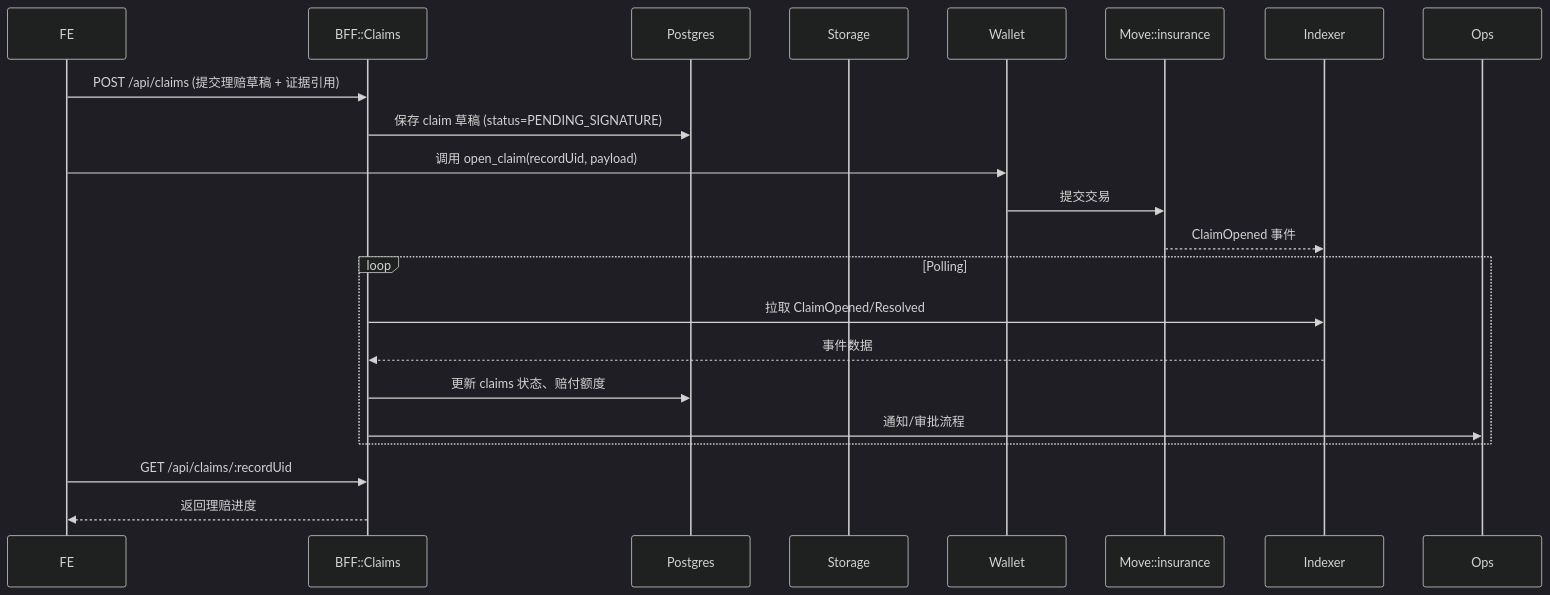
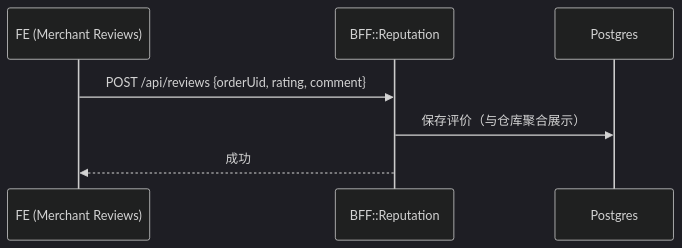
One commit to cyl19970726/haigo changed the eighth of 8 diagrams in docs/architecture/10-场景化端到端数据流.md. Above: the diagram before and after it, drawn with Mermaid (dark theme). The commit also changed other lines of this file and 441 other files, not shown here.

````diff
--- a/docs/architecture/10-场景化端到端数据流.md
+++ b/docs/architecture/10-场景化端到端数据流.md
@@ -126,25 +456,10 @@
 ```mermaid
 sequenceDiagram
-  participant FE as FE
-  participant BFF as BFF::Claims
+  participant FE as FE (Merchant Reviews)
+  participant BFF as BFF::Reputation
   participant DB as Postgres
-  participant Storage
-  participant Wallet
-  participant Move as Move::insurance
-  participant Indexer
-  participant Ops
 
-  FE->>BFF: POST /api/claims (提交理赔草稿 + 证据引用)
-  BFF->>DB: 保存 claim 草稿 (status=PENDING_SIGNATURE)
-  FE->>Wallet: 调用 open_claim(recordUid, payload)
-  Wallet->>Move: 提交交易
-  Move-->>Indexer: ClaimOpened 事件
-  loop Polling
-    BFF->>Indexer: 拉取 ClaimOpened/Resolved
-    Indexer-->>BFF: 事件数据
-    BFF->>DB: 更新 claims 状态、赔付额度
-    BFF->>Ops: 通知/审批流程
-  end
-  FE->>BFF: GET /api/claims/:recordUid
-  BFF-->>FE: 返回理赔进度
+  FE->>BFF: POST /api/reviews {orderUid, rating, comment}
+  BFF->>DB: 保存评价（与仓库聚合展示）
+  BFF-->>FE: 成功
 ```
````
